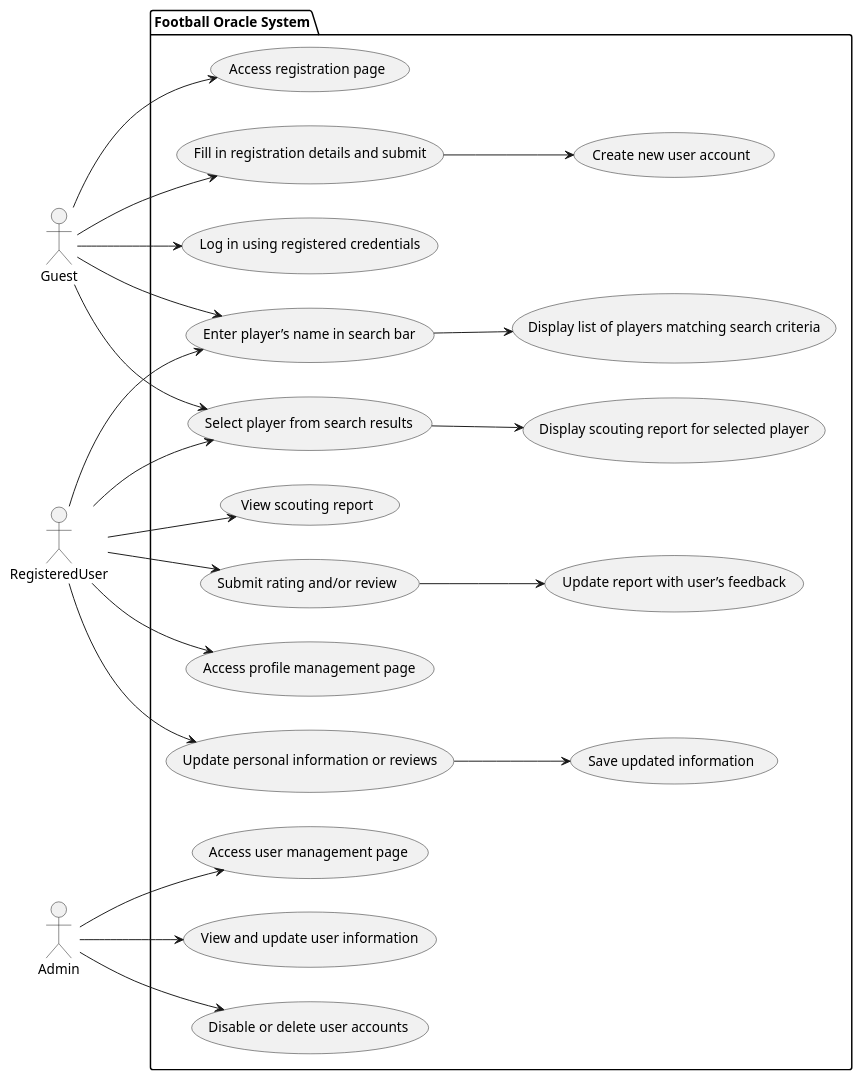
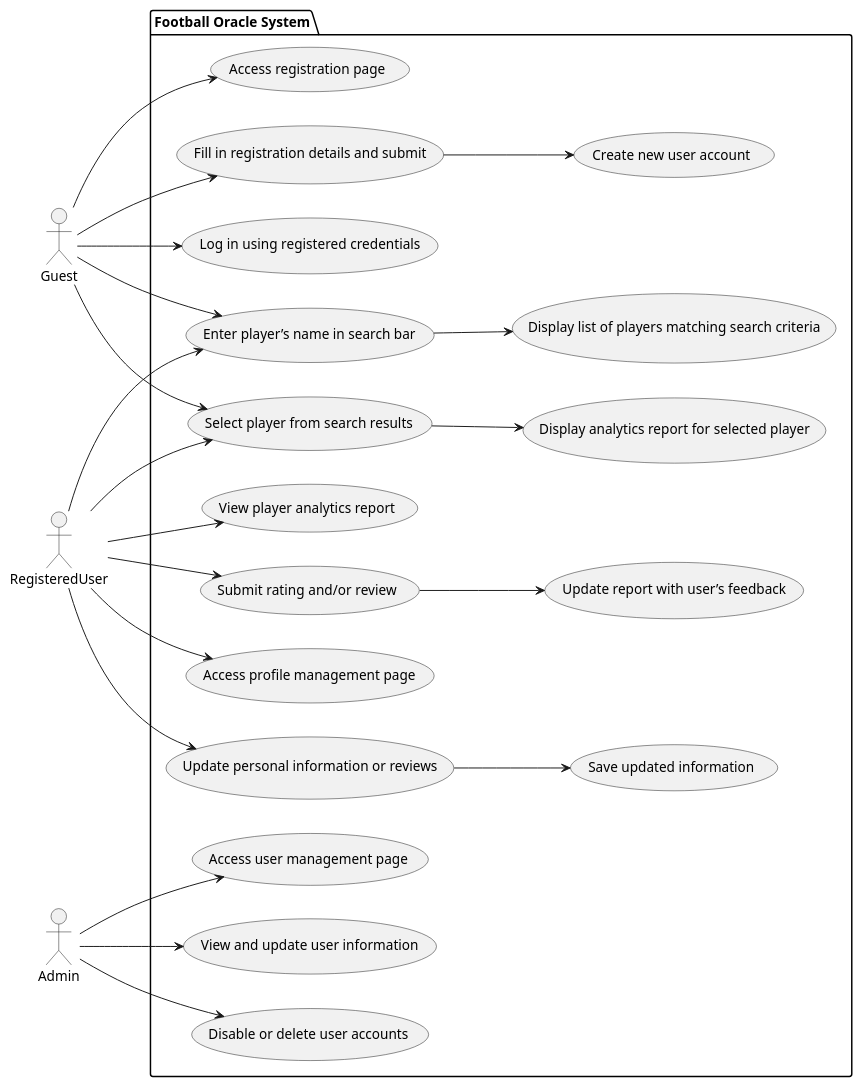
One commit to sabit-shaiholla/football-oracle changed the diagram in adr/use_cases.md. Above: the diagram before and after it, drawn with PlantUML. The commit also changed other lines of this file and 6 other files, not shown here.

````diff
--- a/adr/use_cases.md
+++ b/adr/use_cases.md
@@ -50,54 +50,54 @@
 ```plantuml
 @startuml
 left to right direction
 
 actor Guest as g
 actor RegisteredUser as ru
 actor Admin as a
 
 package "Football Oracle System" {
     usecase "Access registration page" as UC1
     usecase "Fill in registration details and submit" as UC2
     usecase "Create new user account" as UC3
     usecase "Log in using registered credentials" as UC4
     usecase "Enter player’s name in search bar" as UC5
     usecase "Display list of players matching search criteria" as UC6
     usecase "Select player from search results" as UC7
-    usecase "Display scouting report for selected player" as UC8
-    usecase "View scouting report" as UC9
+    usecase "Display analytics report for selected player" as UC8
+    usecase "View player analytics report" as UC9
     usecase "Submit rating and/or review" as UC10
     usecase "Update report with user’s feedback" as UC11
     usecase "Access profile management page" as UC12
     usecase "Update personal information or reviews" as UC13
     usecase "Save updated information" as UC14
     usecase "Access user management page" as UC15
     usecase "View and update user information" as UC16
     usecase "Disable or delete user accounts" as UC17
 }
 
 g --> UC1
 g --> UC2
 UC2 --> UC3
 g --> UC4
 
 ru --> UC5
 g --> UC5
 UC5 --> UC6
 
 ru --> UC7
 g --> UC7
 UC7 --> UC8
 
 ru --> UC9
 ru --> UC10
 UC10 --> UC11
 
 ru --> UC12
 ru --> UC13
 UC13 --> UC14
 
 a --> UC15
 a --> UC16
 a --> UC17
 @enduml
 ```
````
